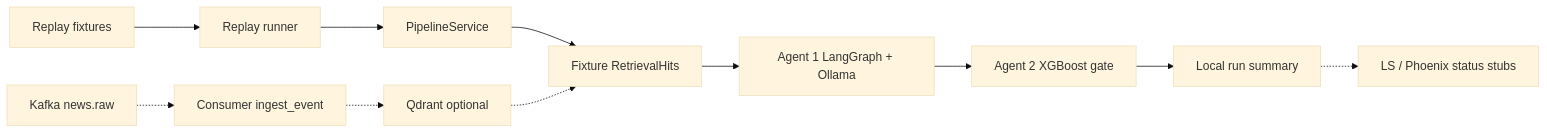
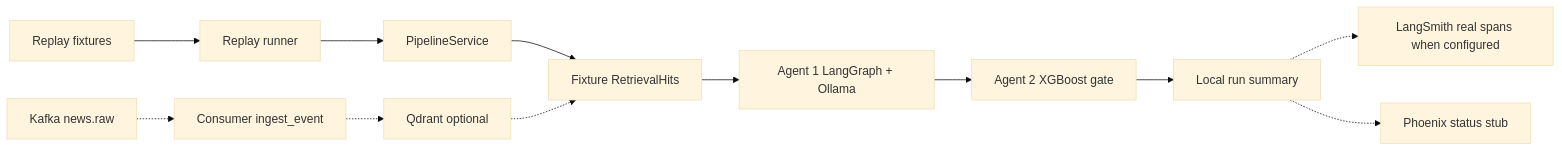
The diagram in README.md (Alpha-W0lf/alphaguard), drawn with Mermaid (base theme) before and after one commit. The commit also changed other lines of this file and 16 other files, not shown here.

First line of the commit message:
feat: emit real LangSmith fail-open pipeline spans

````diff
--- a/README.md
+++ b/README.md
@@ -43,13 +43,14 @@
 ```mermaid
 flowchart LR
   FIX[Replay fixtures] --> REPLAY[Replay runner]
   REPLAY --> PIPE[PipelineService]
   PIPE --> HITS[Fixture RetrievalHits]
   HITS --> A1[Agent 1 LangGraph + Ollama]
   A1 --> A2[Agent 2 XGBoost gate]
   A2 --> LOCAL[Local run summary]
-  LOCAL -.-> LS[LS / Phoenix status stubs]
+  LOCAL -.-> LS[LangSmith real spans when configured]
+  LOCAL -.-> PX[Phoenix status stub]
   QDR[Qdrant optional] -.-> HITS
   KFK[Kafka news.raw] -.-> CONS[Consumer ingest_event]
   CONS -.-> QDR
 ```
````
